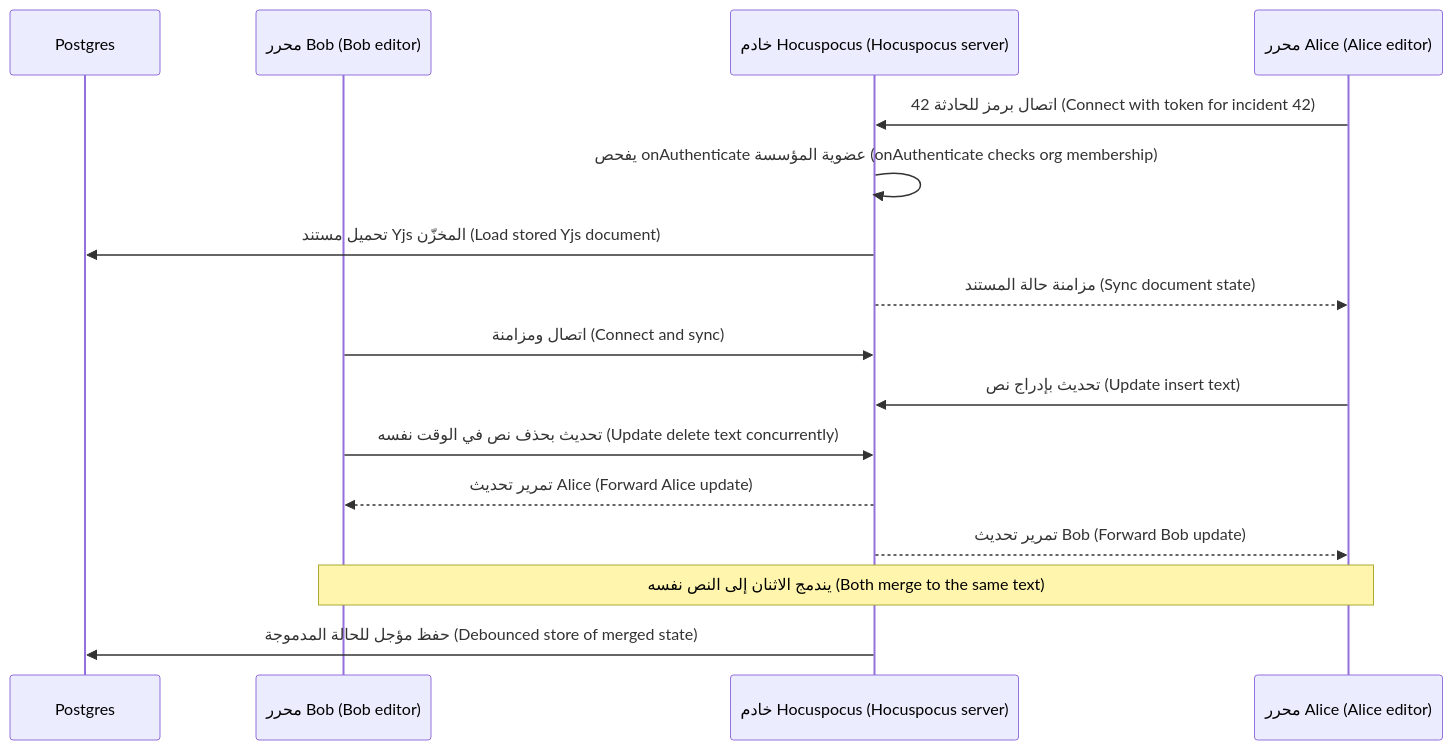
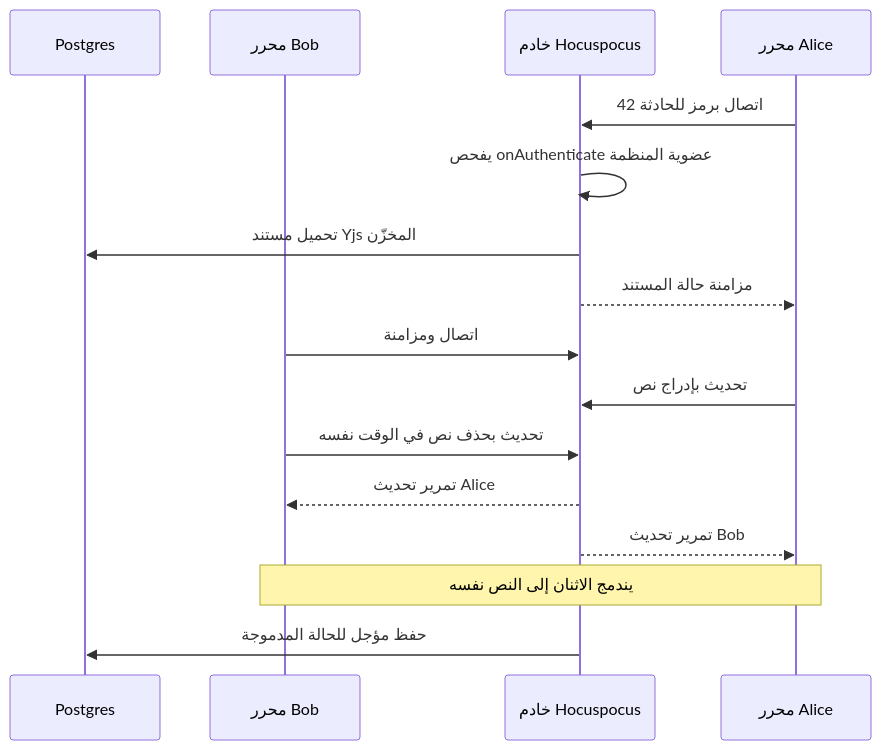
Before and after one commit to Tamoura/system-design-for-vibe-coders: the sixth of 6 diagrams in saas/modules/04-communication.ar.md, drawn with Mermaid. The commit also changed other lines of this file and 551 other files, not shown here.

````diff
--- a/saas/modules/04-communication.ar.md
+++ b/saas/modules/04-communication.ar.md
@@ -707,18 +707,18 @@
 ```mermaid
 sequenceDiagram
     participant DB as Postgres
-    participant B as محرر Bob (Bob editor)
-    participant H as خادم Hocuspocus (Hocuspocus server)
-    participant A as محرر Alice (Alice editor)
-    A->>H: اتصال برمز للحادثة 42 (Connect with token for incident 42)
-    H->>H: يفحص onAuthenticate عضوية المؤسسة (onAuthenticate checks org membership)
-    H->>DB: تحميل مستند Yjs المخزّن (Load stored Yjs document)
-    H-->>A: مزامنة حالة المستند (Sync document state)
-    B->>H: اتصال ومزامنة (Connect and sync)
-    A->>H: تحديث بإدراج نص (Update insert text)
-    B->>H: تحديث بحذف نص في الوقت نفسه (Update delete text concurrently)
-    H-->>B: تمرير تحديث Alice (Forward Alice update)
-    H-->>A: تمرير تحديث Bob (Forward Bob update)
-    Note over A,B: يندمج الاثنان إلى النص نفسه (Both merge to the same text)
-    H->>DB: حفظ مؤجل للحالة المدموجة (Debounced store of merged state)
+    participant B as محرر Bob
+    participant H as خادم Hocuspocus
+    participant A as محرر Alice
+    A->>H: اتصال برمز للحادثة 42
+    H->>H: يفحص onAuthenticate عضوية المنظمة
+    H->>DB: تحميل مستند Yjs المخزّن
+    H-->>A: مزامنة حالة المستند
+    B->>H: اتصال ومزامنة
+    A->>H: تحديث بإدراج نص
+    B->>H: تحديث بحذف نص في الوقت نفسه
+    H-->>B: تمرير تحديث Alice
+    H-->>A: تمرير تحديث Bob
+    Note over A,B: يندمج الاثنان إلى النص نفسه
+    H->>DB: حفظ مؤجل للحالة المدموجة
 ```
````
